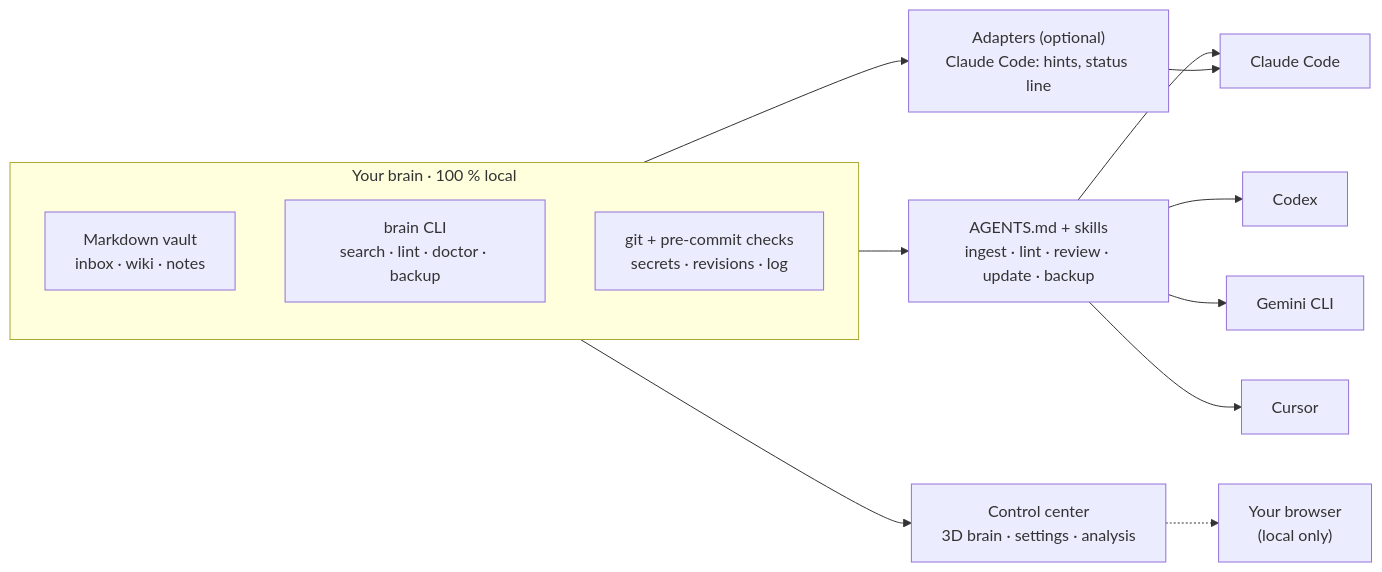
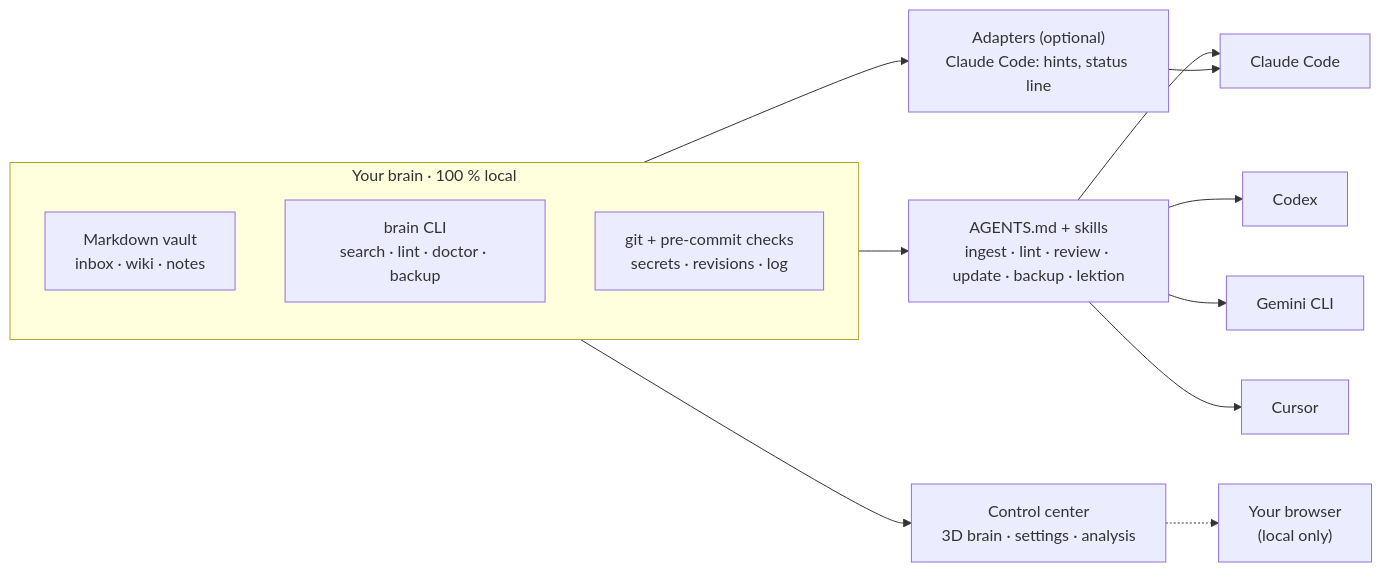
One commit to fabiobrogno/second-brain-kit changed the first of 3 diagrams in README.md. Above: the diagram before and after it, drawn with Mermaid. The commit also changed other lines of this file and 119 other files, not shown here.

````diff
--- a/README.md
+++ b/README.md
@@ -205,16 +269,16 @@
 ```mermaid
 flowchart LR
   subgraph core["Your brain · 100 % local"]
     direction TB
     V["Markdown vault<br/>inbox · wiki · notes"]
     C["brain CLI<br/>search · lint · doctor · backup"]
     G["git + pre-commit checks<br/>secrets · revisions · log"]
   end
-  A["AGENTS.md + skills<br/>ingest · lint · review · update · backup"]
+  A["AGENTS.md + skills<br/>ingest · lint · review · update · backup · lektion"]
   D["Adapters (optional)<br/>Claude Code: hints, status line"]
   M["Control center<br/>3D brain · settings · analysis"]
   core --> A & D & M
   A --> T1["Claude Code"] & T2["Codex"] & T3["Gemini CLI"] & T4["Cursor"]
   D --> T1
   M -.-> T5["Your browser<br/>(local only)"]
 ```
````
